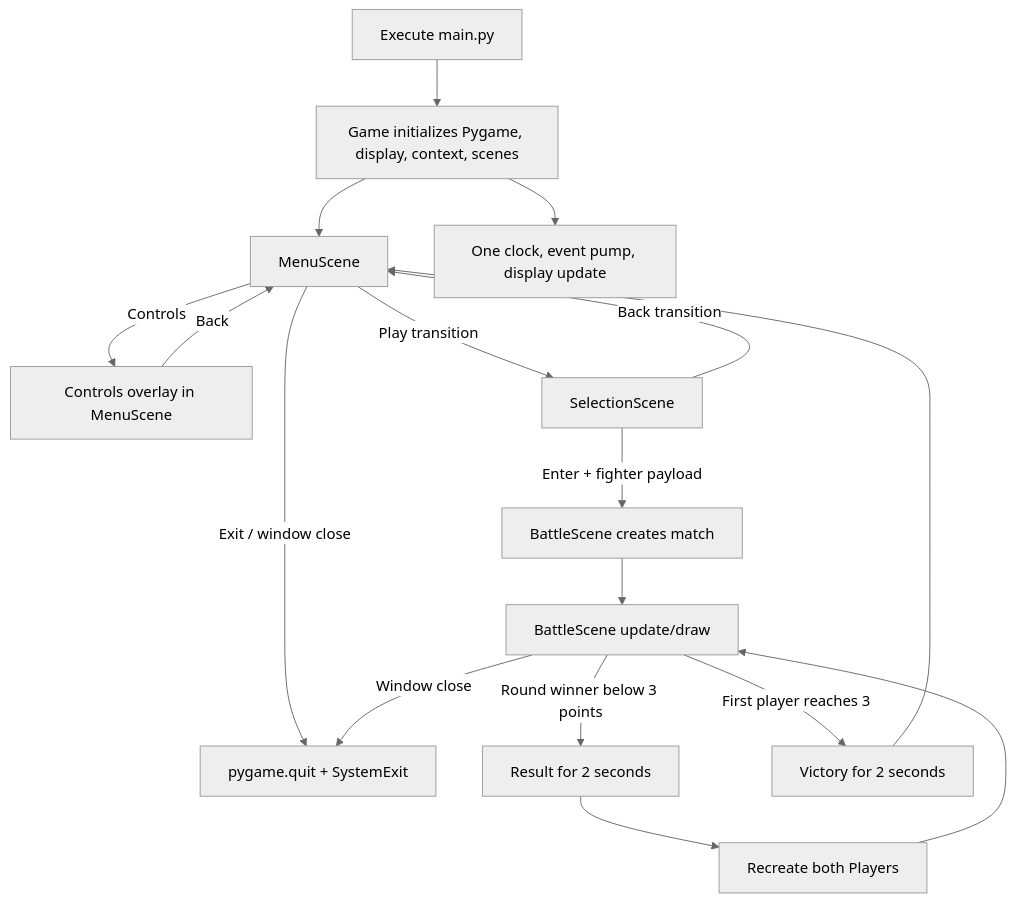
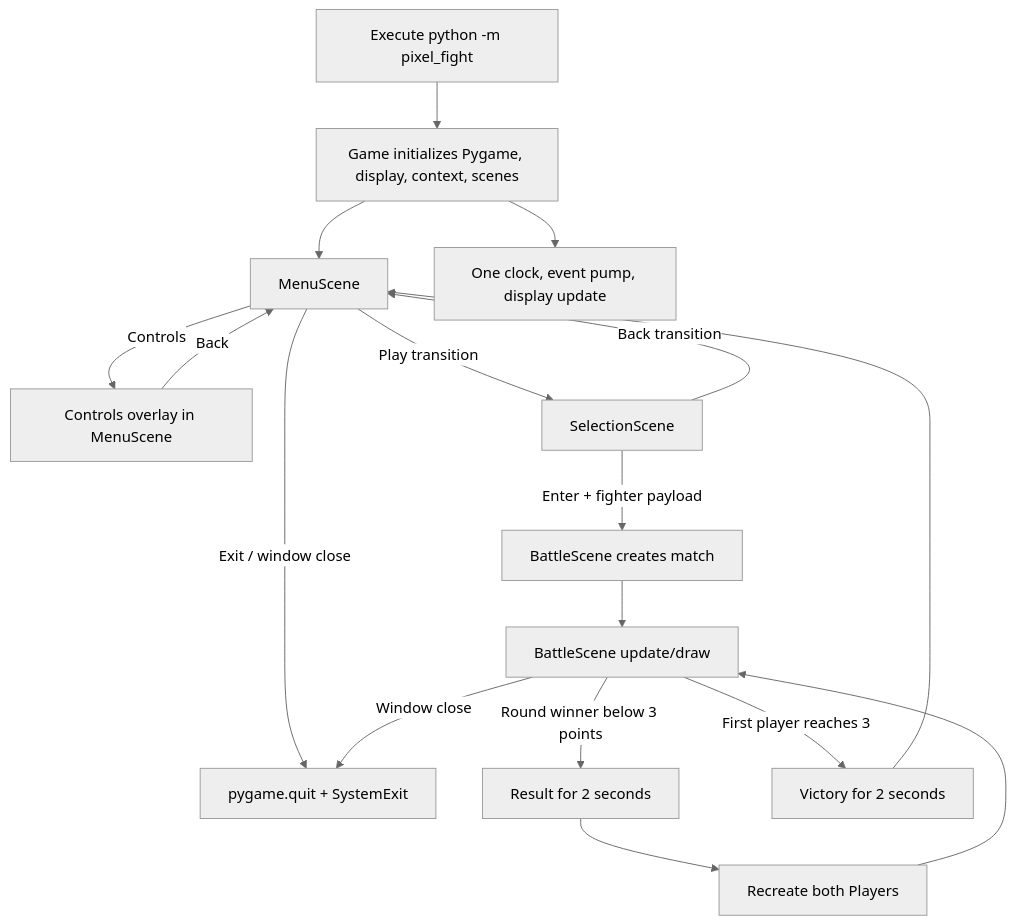
One commit to HiramSanchez/pab-pixelFight changed the first of 4 diagrams in docs/CURRENT_STATE.md. Above: the diagram before and after it, drawn with Mermaid (neutral theme). The commit also changed other lines of this file and 76 other files, not shown here.

````diff
--- a/docs/CURRENT_STATE.md
+++ b/docs/CURRENT_STATE.md
@@ -35,19 +38,19 @@
 ```mermaid
 flowchart TD
-    A[Execute main.py] --> B[Game initializes Pygame, display, context, scenes]
+    A[Execute python -m pixel_fight] --> B[Game initializes Pygame, display, context, scenes]
     B --> C[MenuScene]
     C -->|Controls| D[Controls overlay in MenuScene]
     D -->|Back| C
     C -->|Exit / window close| X[pygame.quit + SystemExit]
     C -->|Play transition| E[SelectionScene]
     E -->|Back transition| C
     E -->|Enter + fighter payload| F[BattleScene creates match]
     F --> G[BattleScene update/draw]
     G -->|Round winner below 3 points| H[Result for 2 seconds]
     H --> I[Recreate both Players]
     I --> G
     G -->|First player reaches 3| J[Victory for 2 seconds]
     J --> C
     G -->|Window close| X
     B --> K[One clock, event pump, display update]
 ```
````
